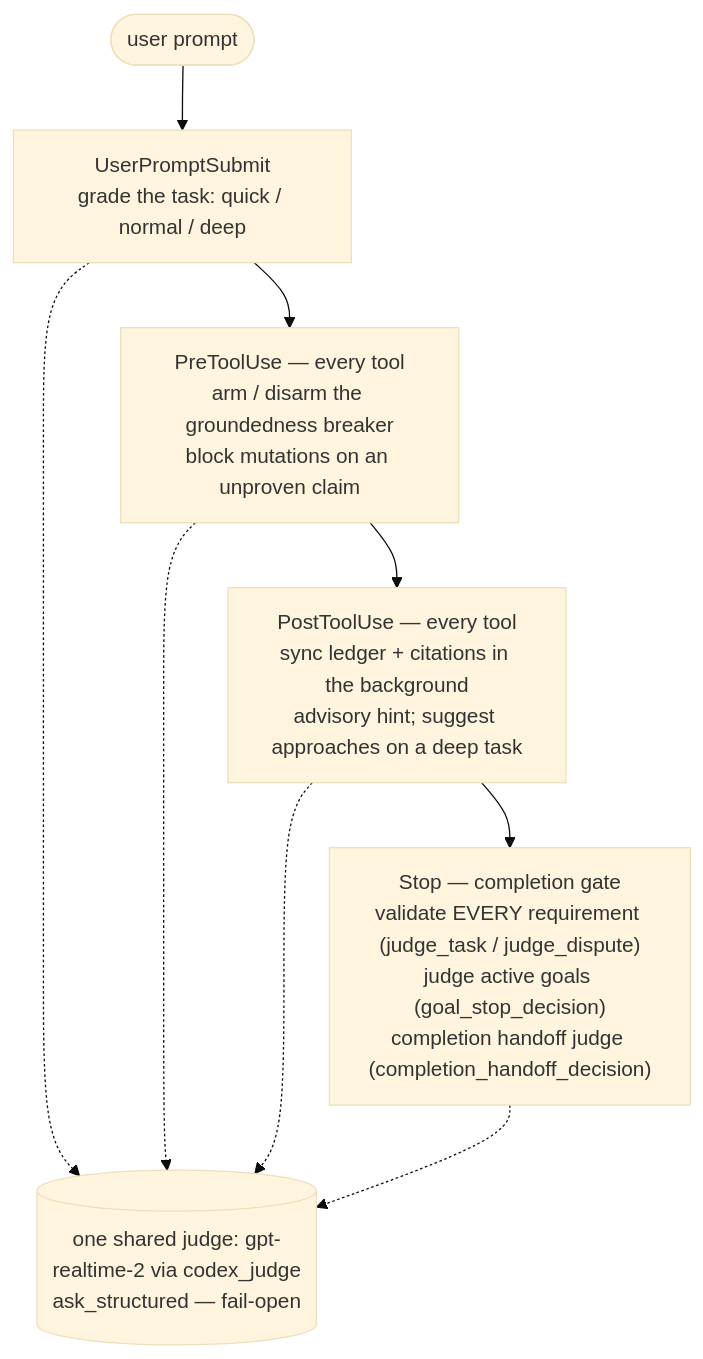
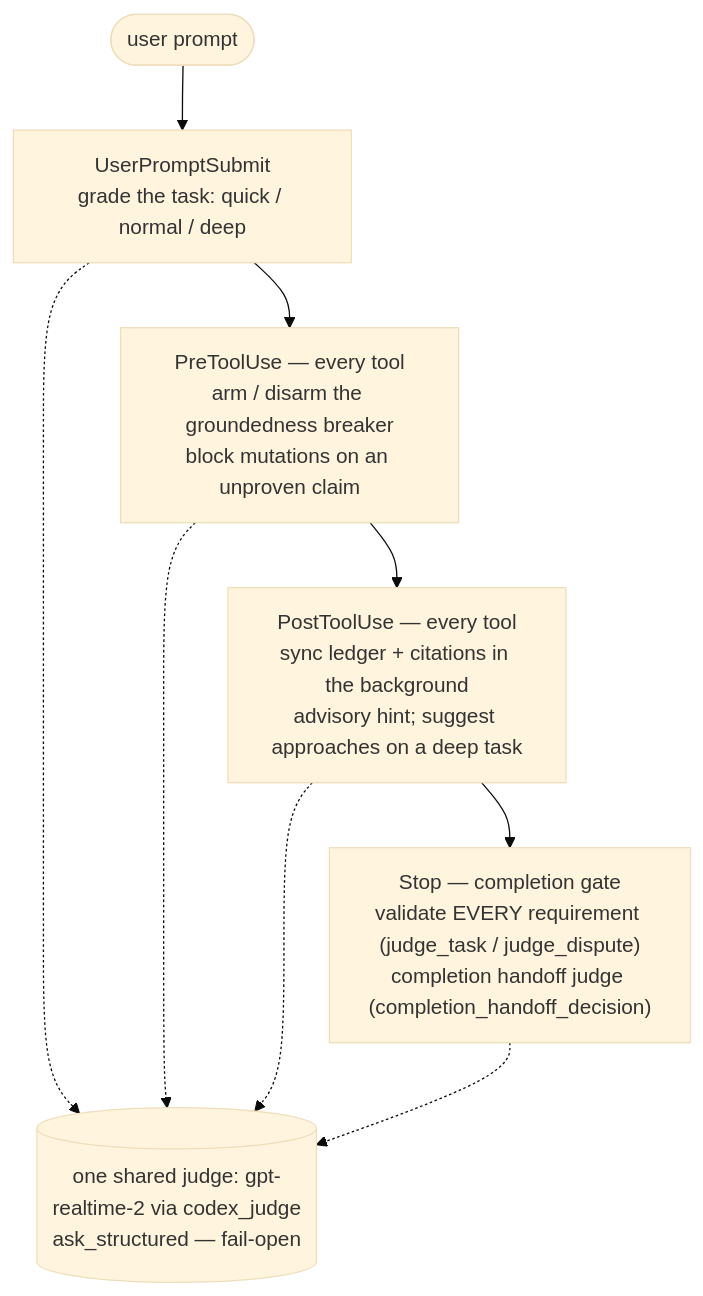
The diagram in README.md (jaredboynton/unifable), drawn with Mermaid (base theme) before and after one commit. The commit also changed other lines of this file and 38 other files, not shown here.

First line of the commit message:
Consolidate gate state into SQLite and drop goals.py

````diff
--- a/README.md
+++ b/README.md
@@ -76,13 +76,13 @@
 ```mermaid
 flowchart TB
   P([user prompt]) --> UPS
   UPS["UserPromptSubmit<br/>grade the task: quick / normal / deep"] --> PTU
   PTU["PreToolUse — every tool<br/>arm / disarm the groundedness breaker<br/>block mutations on an unproven claim"] --> POST
   POST["PostToolUse — every tool<br/>sync ledger + citations in the background<br/>advisory hint; suggest approaches on a deep task"] --> STOP
-  STOP["Stop — completion gate<br/>validate EVERY requirement (judge_task / judge_dispute)<br/>judge active goals (goal_stop_decision)<br/>completion handoff judge (completion_handoff_decision)"]
+  STOP["Stop — completion gate<br/>validate EVERY requirement (judge_task / judge_dispute)<br/>completion handoff judge (completion_handoff_decision)"]
   UPS -.-> CJ
   PTU -.-> CJ
   POST -.-> CJ
   STOP -.-> CJ
   CJ[("one shared judge: gpt-realtime-2 via codex_judge<br/>ask_structured — fail-open")]
 ```
````
